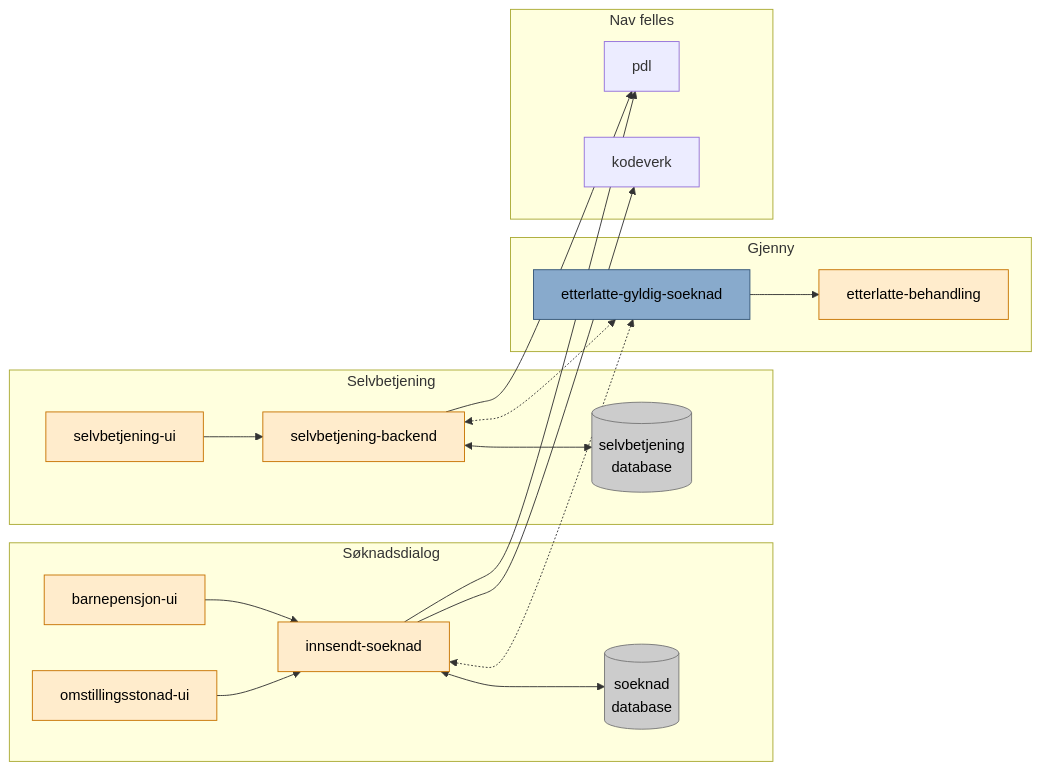
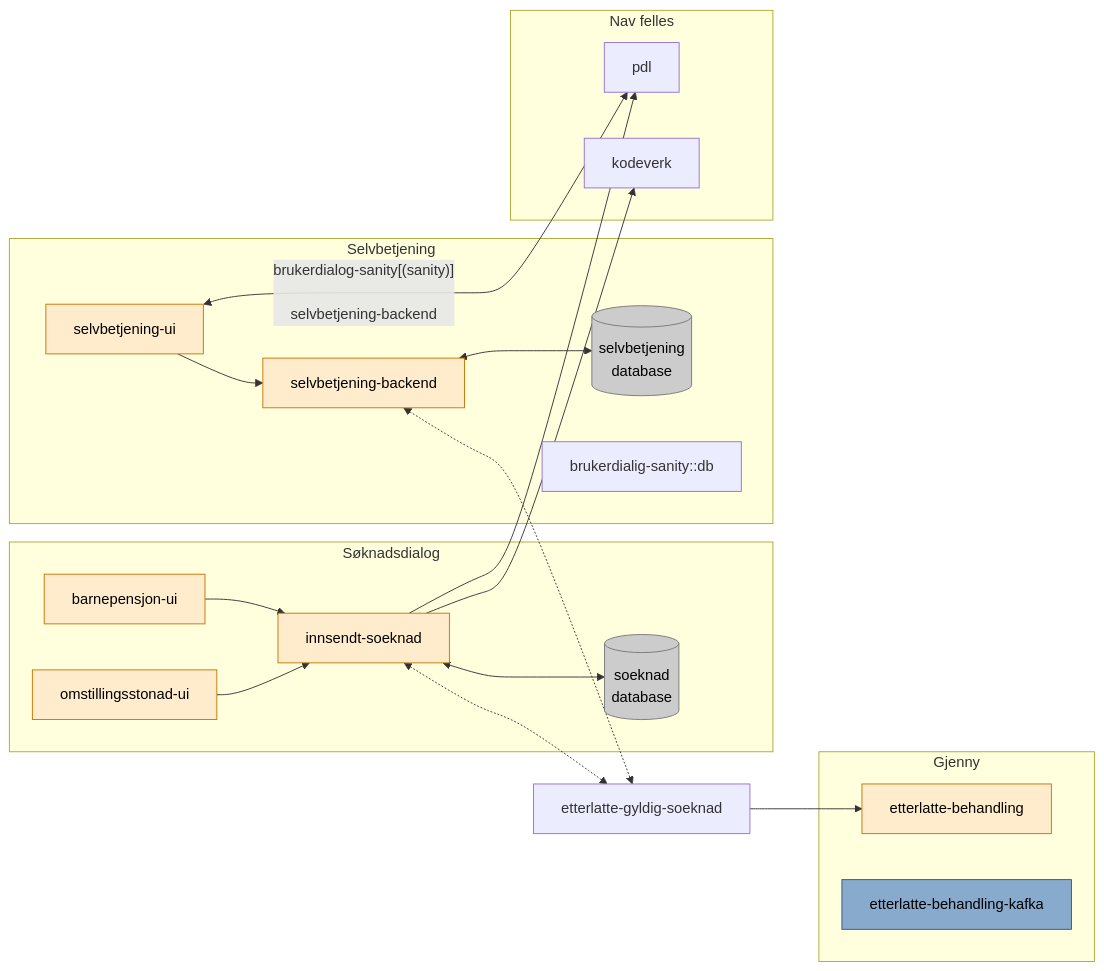
The diagram in README.md (navikt/pensjon-etterlatte), drawn with Mermaid before and after one commit.

````diff
--- a/README.md
+++ b/README.md
@@ -29,46 +29,48 @@
 ```mermaid
 flowchart LR
 
 classDef app fill:#ffeccc,color:#000,stroke:#c77300
 classDef river fill:#88AACC,color:#000,stroke:#335577
 classDef db fill:#ccc,color:#000,stroke:#777
 classDef text fill:none,color:#ddd
 
 barnepensjon-ui --> innsendt-soeknad
 omstillingsstonad-ui --> innsendt-soeknad
 selvbetjening-ui --> selvbetjening-backend
+selvbetjening-ui <-- brukerdialog-sanity[(sanity)]
 
 selvbetjening-backend --> pdl
 selvbetjening-backend <--> selvbetjening-backend-v2[(selvbetjening <br/> database)]
 selvbetjening-backend <-.-> etterlatte-gyldig-soeknad
 
 innsendt-soeknad <-.-> etterlatte-gyldig-soeknad
 etterlatte-gyldig-soeknad --> etterlatte-behandling
 
 innsendt-soeknad --> pdl
 innsendt-soeknad --> kodeverk
 innsendt-soeknad <--> innsendt-soeknad-v2[(soeknad <br/> database)]
 
 subgraph frontend["Søknadsdialog"]
     barnepensjon-ui:::app
     omstillingsstonad-ui:::app
     innsendt-soeknad:::app
     innsendt-soeknad-v2:::db
 end
 
 subgraph selvbetjening["Selvbetjening"]
     selvbetjening-ui:::app
     selvbetjening-backend:::app
     selvbetjening-backend-v2:::db
+    brukerdialig-sanity::db
 end
 
 subgraph gjenny["Gjenny"]
-    etterlatte-gyldig-soeknad:::river
+    etterlatte-behandling-kafka:::river
     etterlatte-behandling:::app
 end
 
 subgraph ekstern["Nav felles"]
     kodeverk
     pdl
 end
 ```
````
